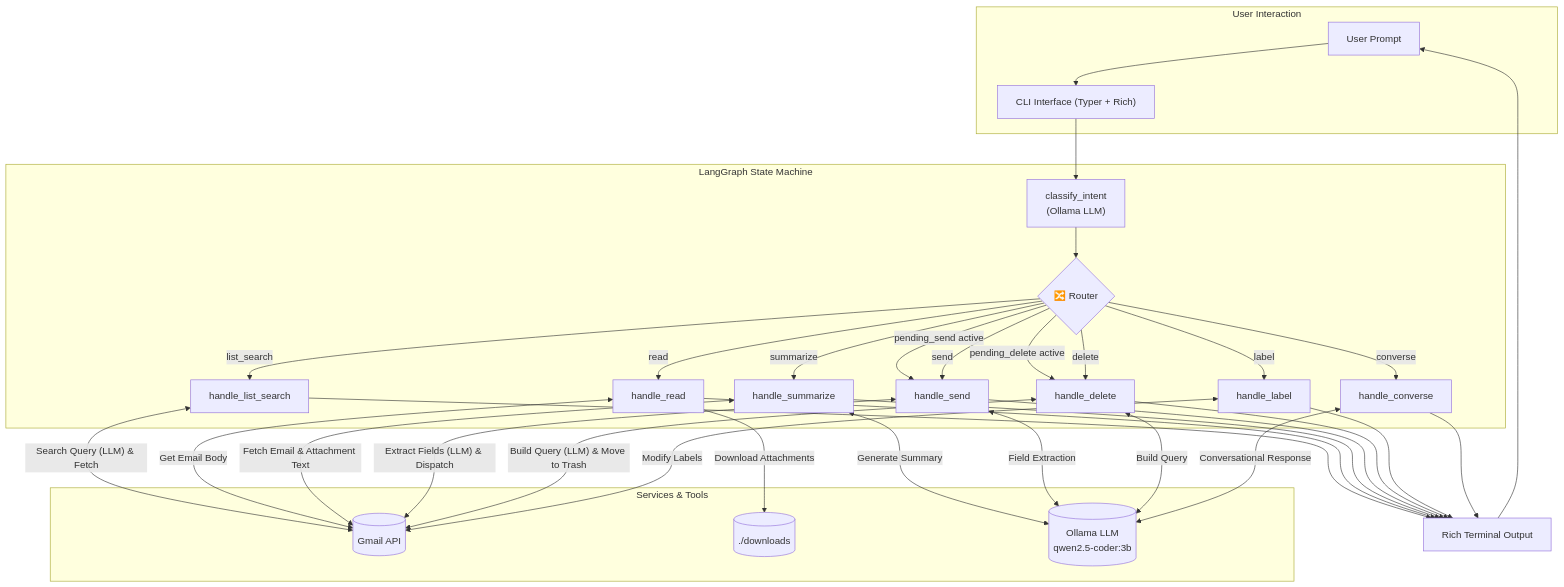
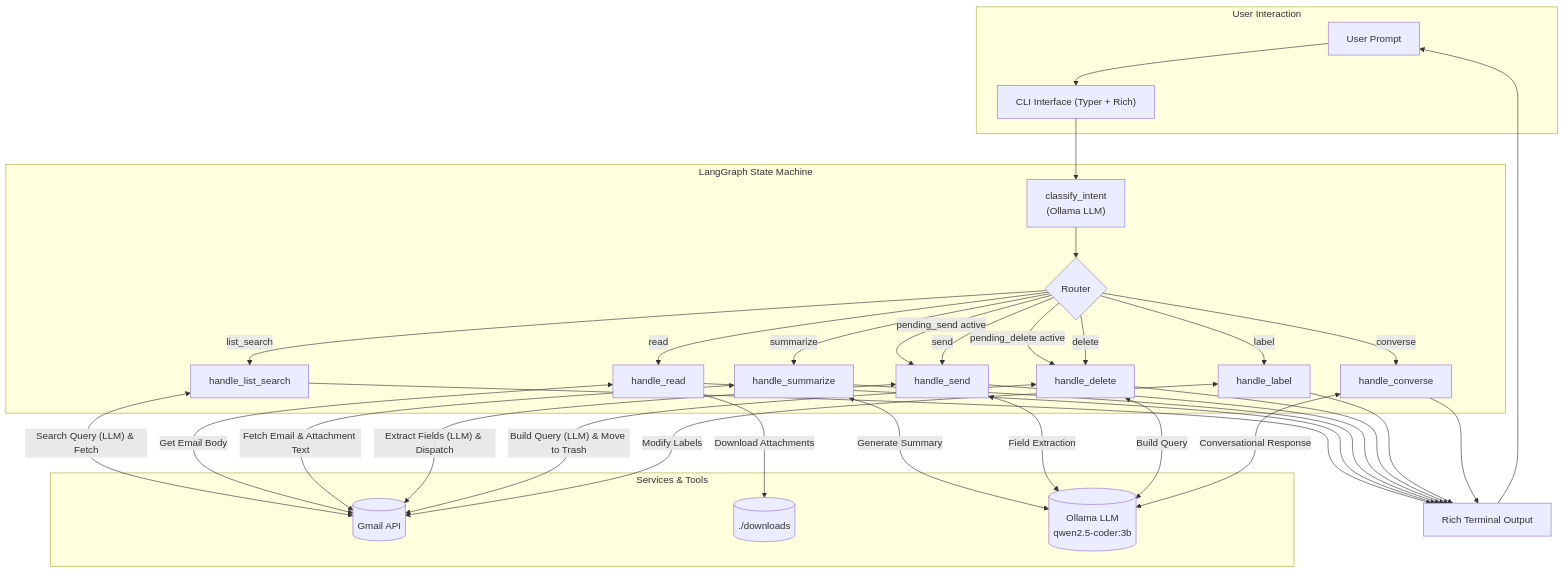
Before and after one commit to AnshMNSoni/email-agent: the diagram in README.md, drawn with Mermaid.

Commit message:
update: readme

````diff
--- a/README.md
+++ b/README.md
@@ -35,45 +35,45 @@
 ```mermaid
 flowchart TD
     subgraph UserInterface ["User Interaction"]
         A["User Prompt"] --> B["CLI Interface (Typer + Rich)"]
     end
 
     subgraph StateMachine ["LangGraph State Machine"]
         B --> C["classify_intent\n(Ollama LLM)"]
-        C --> D{"🔀 Router"}
+        C --> D{"Router"}
         
         D -->|"pending_send active"| H["handle_send"]
         D -->|"pending_delete active"| I["handle_delete"]
         
         D -->|"list_search"| E["handle_list_search"]
         D -->|"read"| F["handle_read"]
         D -->|"summarize"| G["handle_summarize"]
         D -->|"send"| H
         D -->|"delete"| I
         D -->|"label"| J["handle_label"]
         D -->|"converse"| K["handle_converse"]
     end
 
     subgraph Integrations ["Services & Tools"]
         E <-->|"Search Query (LLM) & Fetch"| L[("Gmail API")]
         F <-->|"Get Email Body"| L
         F -->|"Download Attachments"| M[("./downloads")]
         G <-->|"Fetch Email & Attachment Text"| L
         G <-->|"Generate Summary"| N[("Ollama LLM\nqwen2.5-coder:3b")]
         H <-->|"Extract Fields (LLM) & Dispatch"| L
         H <-->|"Field Extraction"| N
         I <-->|"Build Query (LLM) & Move to Trash"| L
         I <-->|"Build Query"| N
         J <-->|"Modify Labels"| L
         K <-->|"Conversational Response"| N
     end
 
     E --> O["Rich Terminal Output"]
     F --> O
     G --> O
     H --> O
     I --> O
     J --> O
     K --> O
     O --> A
 ```
````
